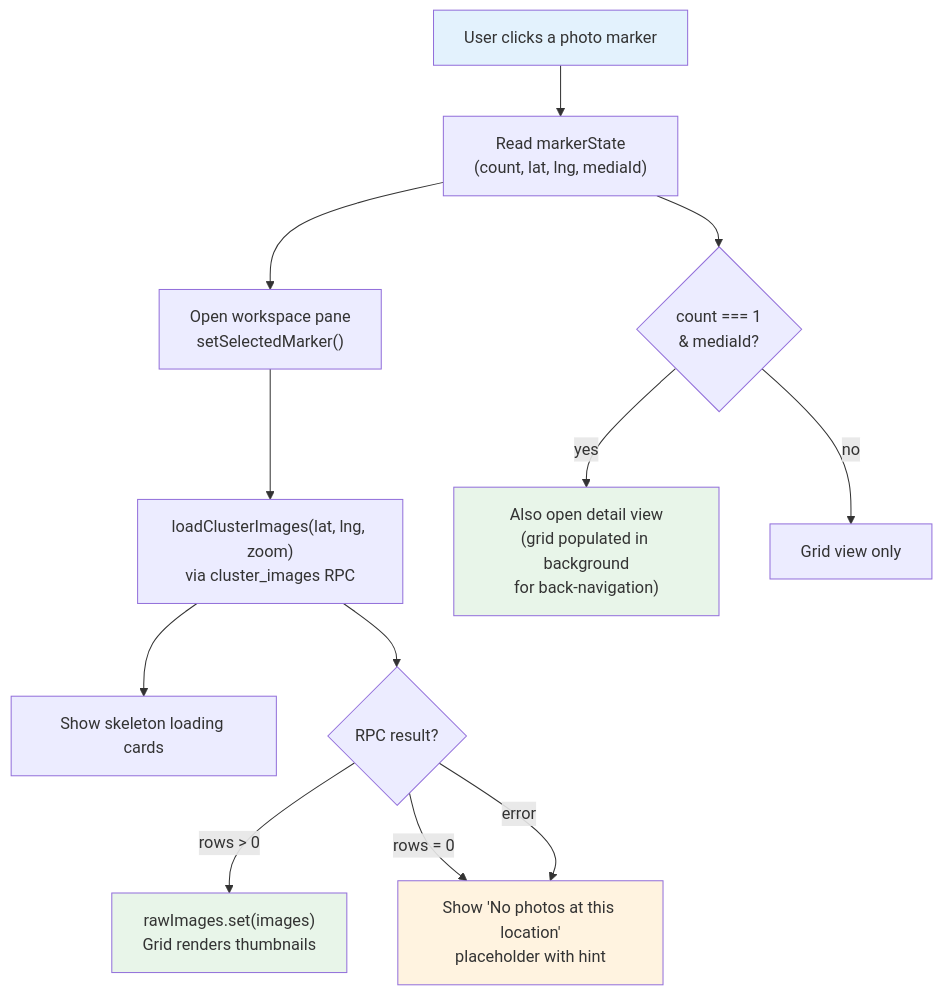
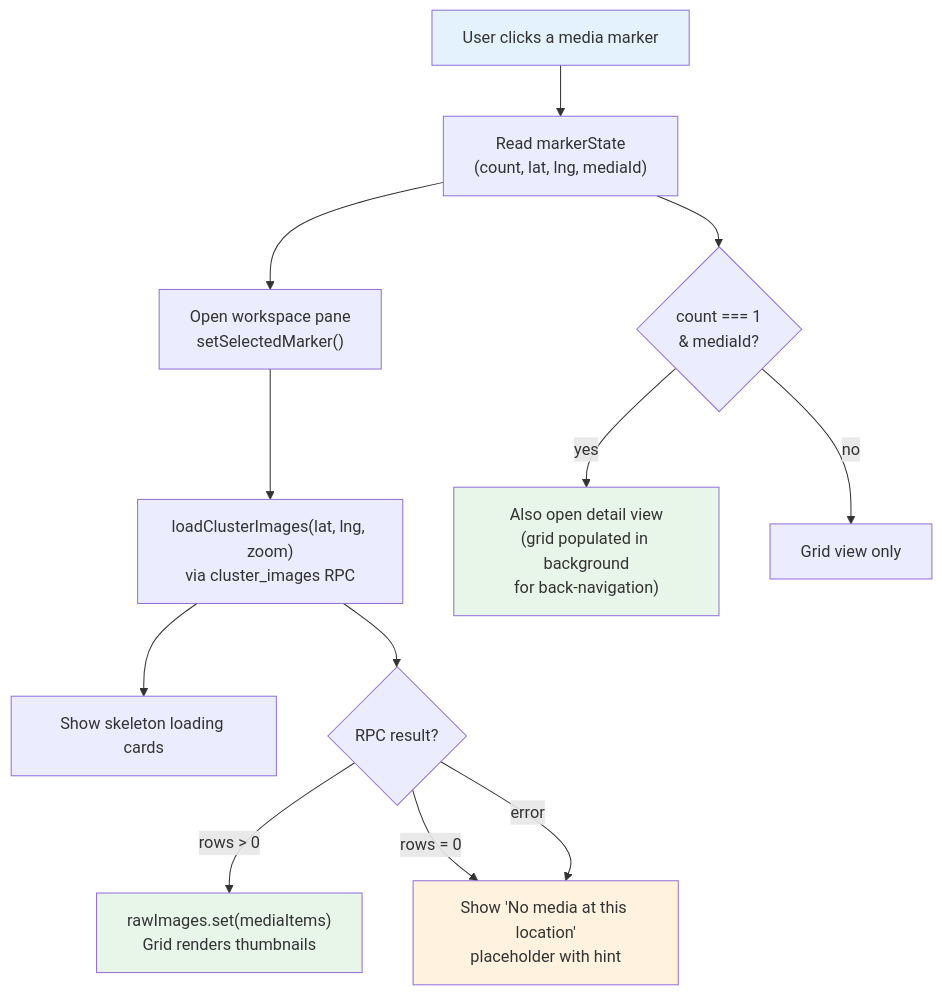
One commit to matkleve/feldpost changed the fifth of 6 diagrams in docs/specs/component/active-selection-view.md. Above: the diagram before and after it, drawn with Mermaid. The commit also changed other lines of this file and 26 other files, not shown here.

First line of the commit message:
refactor: update terminology from 'images' to 'media items' across documentation

````diff
--- a/docs/specs/component/active-selection-view.md
+++ b/docs/specs/component/active-selection-view.md
@@ -293,21 +293,21 @@
 ```mermaid
 flowchart TD
-    Click["User clicks a photo marker"] --> GetState["Read markerState\n(count, lat, lng, mediaId)"]
+    Click["User clicks a media marker"] --> GetState["Read markerState\n(count, lat, lng, mediaId)"]
     GetState --> OpenPane["Open workspace pane\nsetSelectedMarker()"]
     OpenPane --> LoadRPC["loadClusterImages(lat, lng, zoom)\nvia cluster_images RPC"]
     LoadRPC --> Skeleton["Show skeleton loading cards"]
 
     LoadRPC --> RPCResult{RPC result?}
-    RPCResult -->|"rows > 0"| SetImages["rawImages.set(images)\nGrid renders thumbnails"]
-    RPCResult -->|"rows = 0"| NoPhotos["Show 'No photos at this location'\nplaceholder with hint"]
+    RPCResult -->|"rows > 0"| SetImages["rawImages.set(mediaItems)\nGrid renders thumbnails"]
+    RPCResult -->|"rows = 0"| NoPhotos["Show 'No media at this location'\nplaceholder with hint"]
     RPCResult -->|"error"| NoPhotos
 
     GetState --> IsSingle{count === 1\n& mediaId?}
     IsSingle -->|"yes"| DetailView["Also open detail view\n(grid populated in background\nfor back-navigation)"]
     IsSingle -->|"no"| GridOnly["Grid view only"]
 
     style Click fill:#e3f2fd
     style NoPhotos fill:#fff3e0
     style SetImages fill:#e8f5e9
     style DetailView fill:#e8f5e9
 ```
````
